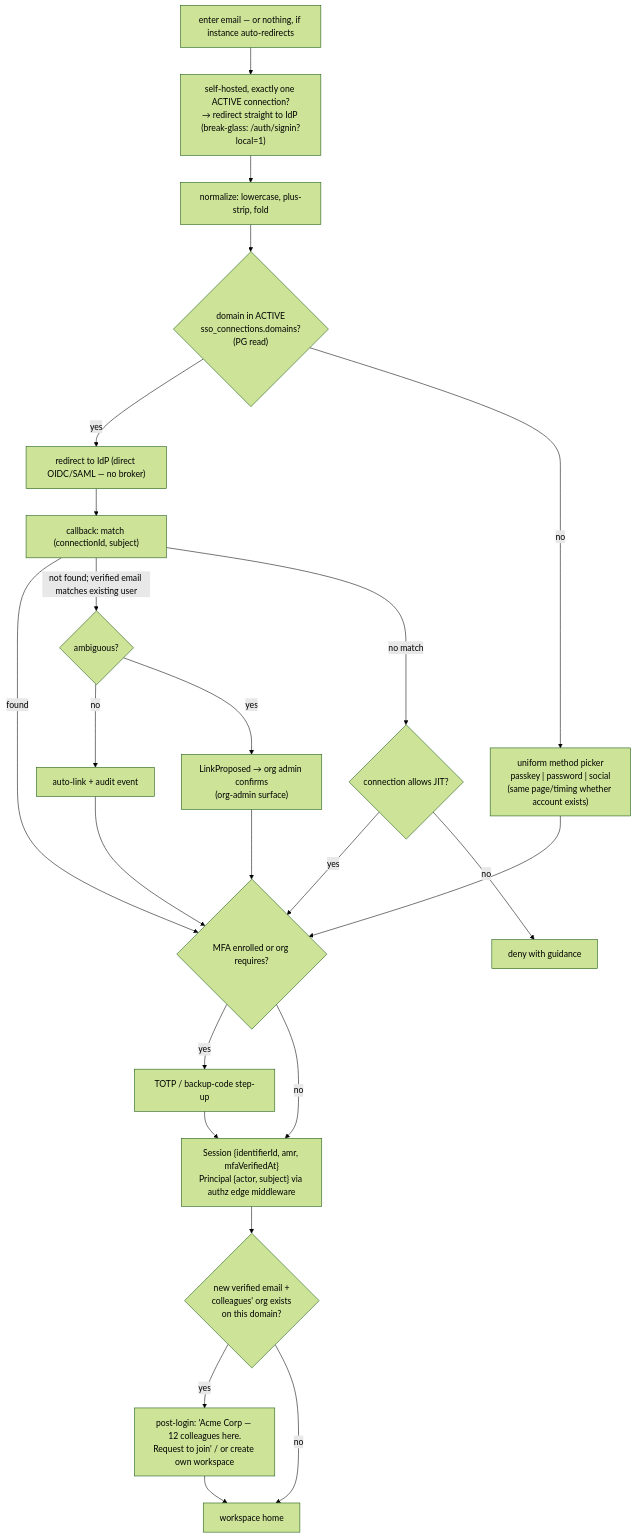
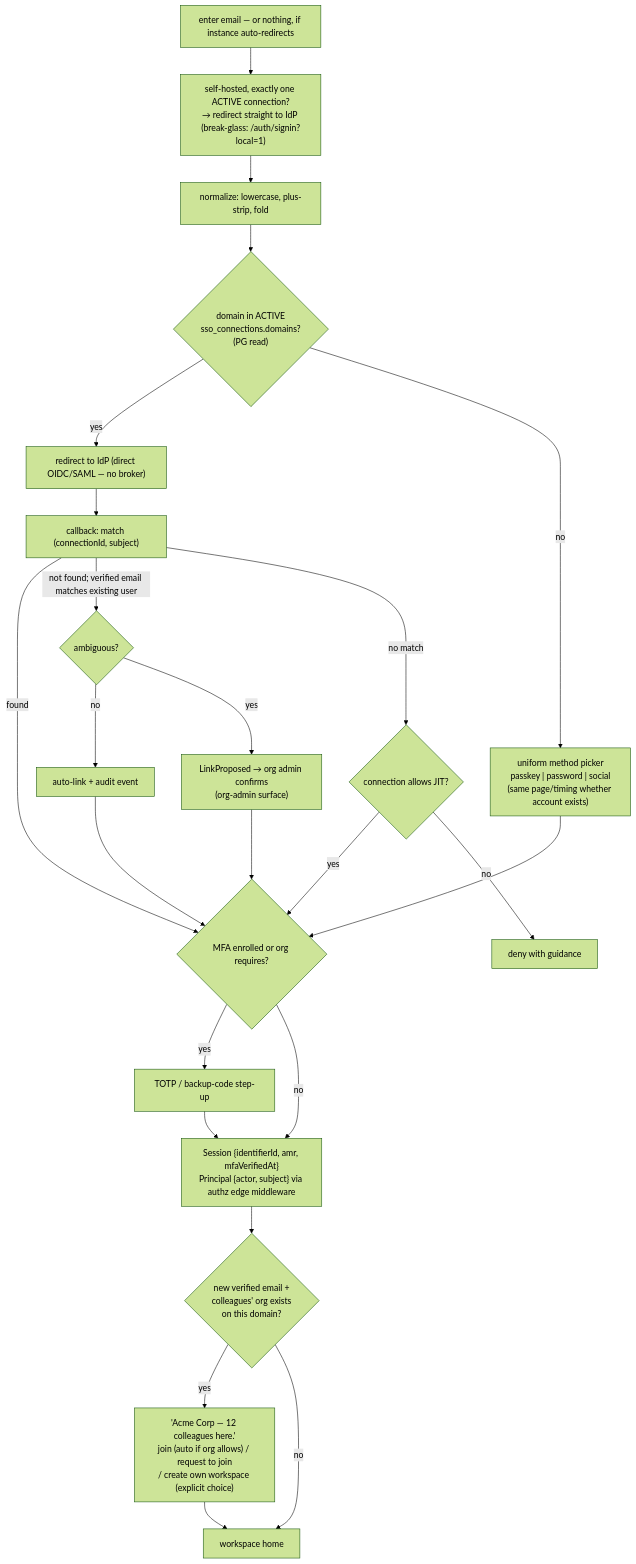
Before and after one commit to langwatch/langwatch: the third of 3 diagrams in dev/docs/identity-platform-redesign.md, drawn with Mermaid (forest theme). The commit also changed other lines of this file and 4 other files, not shown here.

Commit message:
docs(identity): readable sequencing, D13 sign-in/sign-up screens, domain auto-join, orphan-org prevention

````diff
--- a/dev/docs/identity-platform-redesign.md
+++ b/dev/docs/identity-platform-redesign.md
@@ -244,24 +249,24 @@
 ```mermaid
 flowchart TD
     A[enter email — or nothing, if instance auto-redirects] --> B["self-hosted, exactly one ACTIVE connection?<br/>→ redirect straight to IdP (break-glass: /auth/signin?local=1)"]
     B --> C[normalize: lowercase, plus-strip, fold]
     C --> D{"domain in ACTIVE<br/>sso_connections.domains?<br/>(PG read)"}
     D -->|yes| E["redirect to IdP (direct OIDC/SAML — no broker)"]
     D -->|no| F["uniform method picker<br/>passkey | password | social<br/>(same page/timing whether account exists)"]
     E --> G["callback: match (connectionId, subject)"]
     G -->|found| H
     G -->|"not found; verified email matches existing user"| L{"ambiguous?"}
     L -->|no| LA["auto-link + audit event"] --> H
     L -->|yes| LP["LinkProposed → org admin confirms<br/>(org-admin surface)"] --> H
     G -->|no match| J{"connection allows JIT?"}
     J -->|yes| H
     J -->|no| X[deny with guidance]
     F --> H{"MFA enrolled or org requires?"}
     H -->|yes| I["TOTP / backup-code step-up"]
     H -->|no| K
     I --> K["Session {identifierId, amr, mfaVerifiedAt}<br/>Principal {actor, subject} via authz edge middleware"]
     K --> JR{"new verified email +<br/>colleagues' org exists<br/>on this domain?"}
-    JR -->|yes| JRO["post-login: 'Acme Corp — 12 colleagues here.<br/>Request to join' / or create own workspace"]
+    JR -->|yes| JRO["'Acme Corp — 12 colleagues here.'<br/>join (auto if org allows) / request to join<br/>/ create own workspace (explicit choice)"]
     JR -->|no| DONE[workspace home]
     JRO --> DONE
 ```
````
